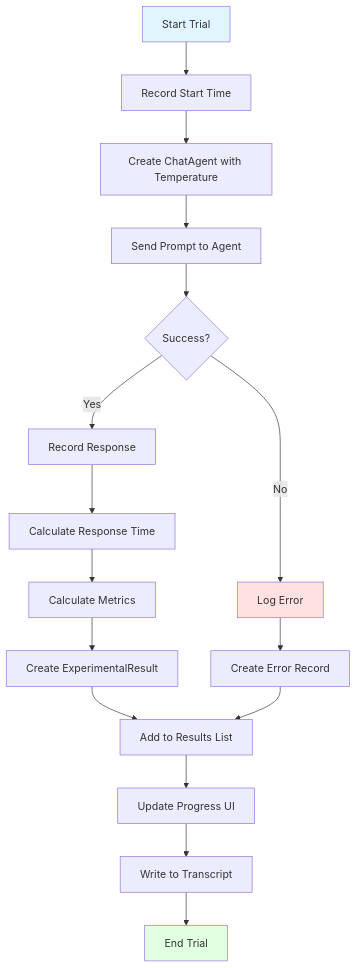
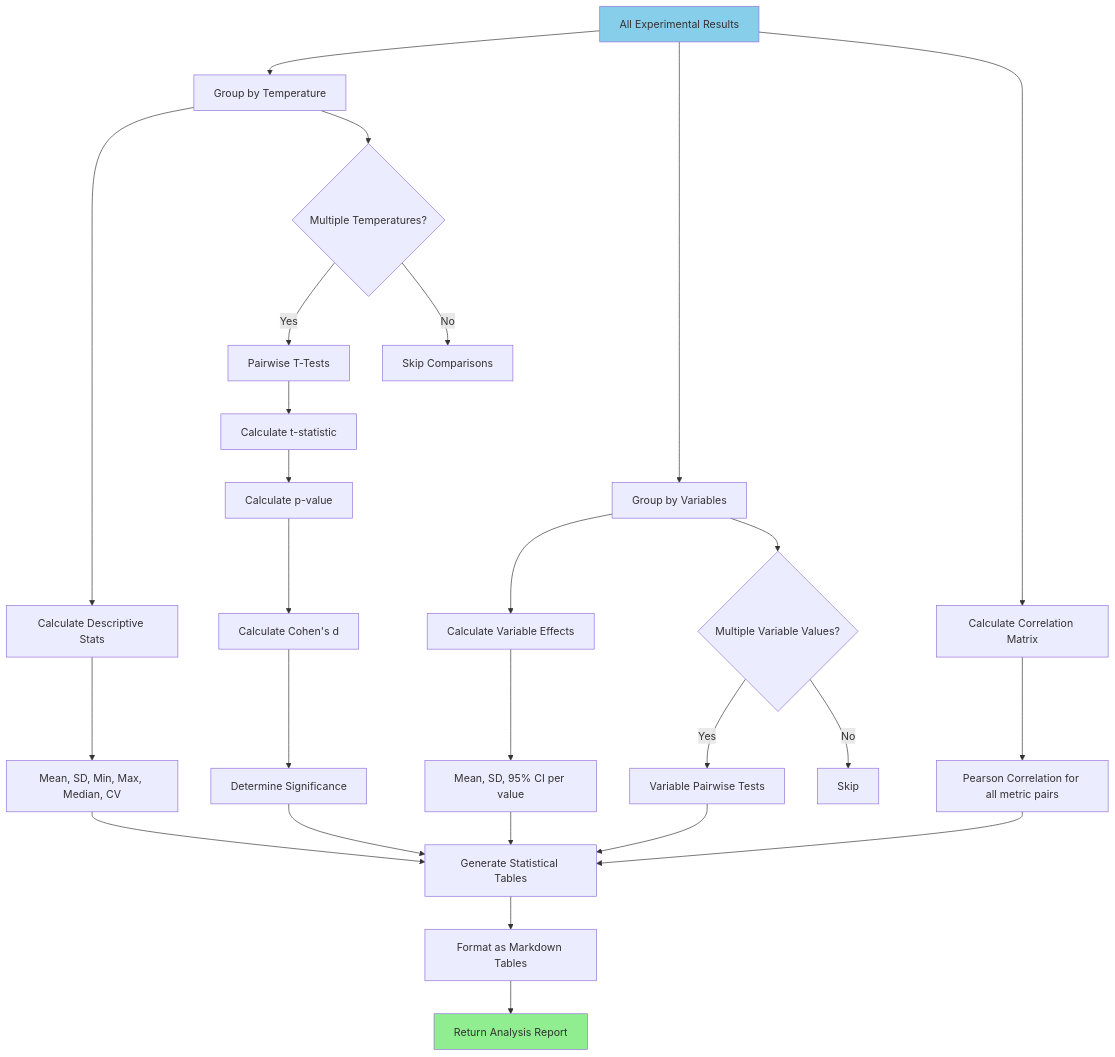
The ninth of 22 diagrams in docs/LLMExperimentTask.md (SimiaCryptus/Cognotik), drawn with Mermaid before and after one commit. The commit also changed other lines of this file and 7 other files, not shown here.

````diff
--- a/docs/LLMExperimentTask.md
+++ b/docs/LLMExperimentTask.md
@@ -280,27 +295,39 @@
 ```mermaid
 flowchart TD
-    A[Start Trial] --> B[Record Start Time]
-    B --> C[Create ChatAgent with Temperature]
-    C --> D[Send Prompt to Agent]
+    A[All Experimental Results] --> B[Group by Temperature]
+    A --> C[Group by Variables]
 
-    D --> E{Success?}
-    E -->|Yes| F[Record Response]
-    E -->|No| G[Log Error]
+    B --> D[Calculate Descriptive Stats]
+    D --> D1[Mean, SD, Min, Max, Median, CV]
 
-    F --> H[Calculate Response Time]
-    H --> I[Calculate Metrics]
-    I --> J[Create ExperimentalResult]
+    C --> E[Calculate Variable Effects]
+    E --> E1[Mean, SD, 95% CI per value]
 
-    G --> K[Create Error Record]
+    B --> F{Multiple Temperatures?}
+    F -->|Yes| G[Pairwise T-Tests]
+    F -->|No| H[Skip Comparisons]
 
-    J --> L[Add to Results List]
-    K --> L
+    G --> G1[Calculate t-statistic]
+    G1 --> G2[Calculate p-value]
+    G2 --> G3[Calculate Cohen's d]
+    G3 --> G4[Determine Significance]
 
-    L --> M[Update Progress UI]
-    M --> N[Write to Transcript]
-    N --> O[End Trial]
+    C --> I{Multiple Variable Values?}
+    I -->|Yes| J[Variable Pairwise Tests]
+    I -->|No| K[Skip]
 
-    style A fill:#e1f5ff
-    style O fill:#e1ffe1
-    style G fill:#ffe1e1
+    A --> L[Calculate Correlation Matrix]
+    L --> L1[Pearson Correlation for all metric pairs]
+
+    D1 --> M[Generate Statistical Tables]
+    E1 --> M
+    G4 --> M
+    J --> M
+    L1 --> M
+
+    M --> N[Format as Markdown Tables]
+    N --> O[Return Analysis Report]
+
+    style A fill:#87CEEB
+    style O fill:#90EE90
 ```
````
